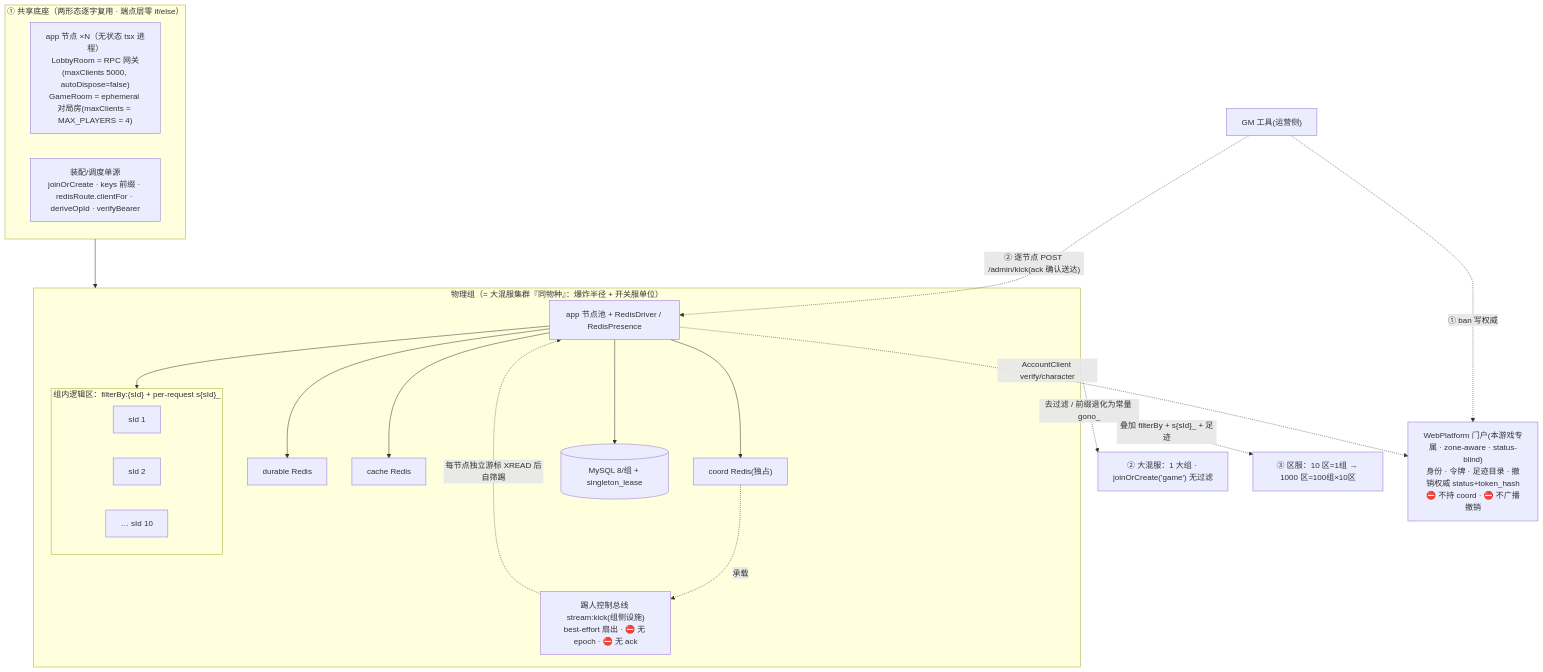
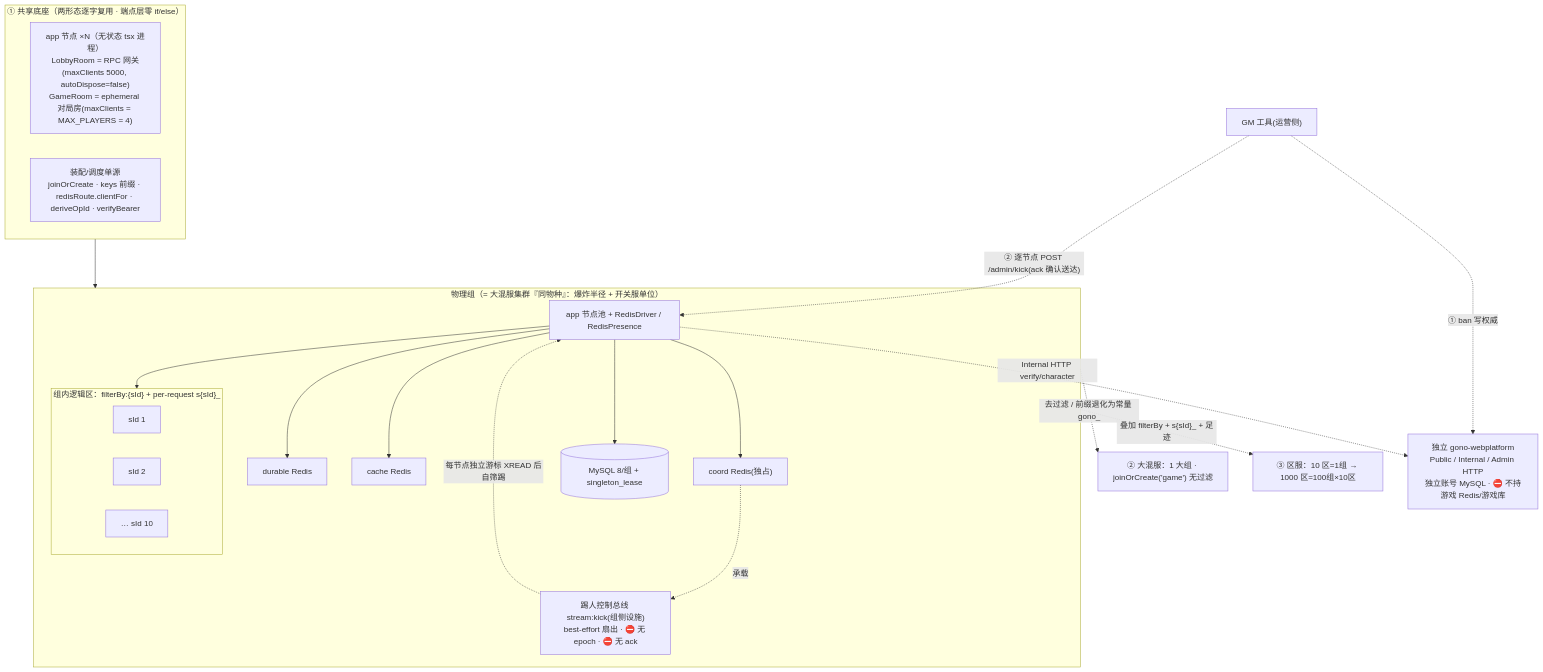
Before and after one commit to KimiChen/gameStarterKit: the first of 2 diagrams in docs/DUAL_MODE.md, drawn with Mermaid. The commit also changed other lines of this file and 146 other files, not shown here.

Commit message:
refactor: 拆分 WebPlatform 为独立 HTTP 服务

````diff
--- a/docs/DUAL_MODE.md
+++ b/docs/DUAL_MODE.md
@@ -34,31 +36,31 @@
 ```mermaid
 flowchart TB
   subgraph BASE["① 共享底座（两形态逐字复用 · 端点层零 if/else）"]
     N["app 节点 ×N（无状态 tsx 进程）<br/>LobbyRoom = RPC 网关(maxClients 5000, autoDispose=false)<br/>GameRoom = ephemeral 对局房(maxClients = MAX_PLAYERS = 4)"]
     ASM["装配/调度单源<br/>joinOrCreate · keys 前缀 · redisRoute.clientFor · deriveOpId · verifyBearer"]
   end
 
   subgraph PG["物理组（= 大混服集群『同物种』：爆炸半径 + 开关服单位）"]
     POOL["app 节点池 + RedisDriver / RedisPresence"]
     DUR["durable Redis"]; CAC["cache Redis"]; COO["coord Redis(独占)"]; SQL[("MySQL 8/组 + singleton_lease")]
     ACB["踢人控制总线 stream:kick(组侧设施)<br/>best-effort 扇出 · ⛔ 无 epoch · ⛔ 无 ack"]
     POOL --> DUR & CAC & COO & SQL
     COO -. 承载 .-> ACB
     ACB -. 每节点独立游标 XREAD 后自筛踢 .-> POOL
     subgraph LZ["组内逻辑区：filterBy:{sId} + per-request s{sId}_"]
       z1["sId 1"]; z2["sId 2"]; zt["… sId 10"]
     end
     POOL --> LZ
   end
 
   BASE --> PG
 
   PG -. 去过滤 / 前缀退化为常量 gono_ .-> CASUAL["② 大混服：1 大组 · joinOrCreate('game') 无过滤"]
   PG -. 叠加 filterBy + s{sId}_ + 足迹 .-> ZONE["③ 区服：10 区=1组 → 1000 区=100组×10区"]
 
-  ACCT["WebPlatform 门户(本游戏专属 · zone-aware · status-blind)<br/>身份 · 令牌 · 足迹目录 · 撤销权威 status+token_hash<br/>⛔ 不持 coord · ⛔ 不广播撤销"]
+  ACCT["独立 gono-webplatform<br/>Public / Internal / Admin HTTP<br/>独立账号 MySQL · ⛔ 不持游戏 Redis/游戏库"]
   GM["GM 工具(运营侧)"]
-  POOL -. AccountClient verify/character .-> ACCT
+  POOL -. Internal HTTP verify/character .-> ACCT
   GM -. ① ban 写权威 .-> ACCT
   GM -. ② 逐节点 POST /admin/kick(ack 确认送达) .-> POOL
 ```
````
